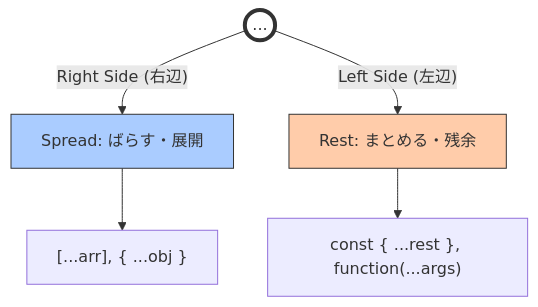
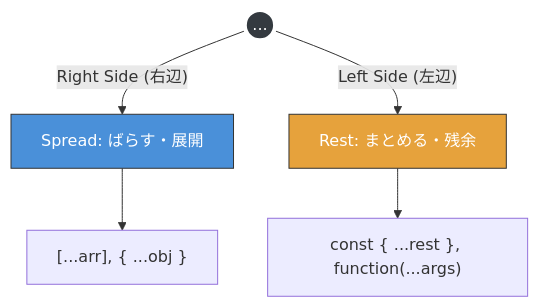
Before and after one commit to komiyamma/site_ichika_destruct-spread-named-rest: the diagram in D08.md, drawn with Mermaid. The commit also changed 4 other files, not shown here.

Commit message:
docs(diagrams): Mermaid 図のスタイルと配色を調整

````diff
--- a/D08.md
+++ b/D08.md
@@ -61,14 +61,14 @@
 ```mermaid
 flowchart TD
     Dots((...))
     
     Dots -- "Right Side (右辺)" --> Spread[Spread: ばらす・展開]
     Dots -- "Left Side (左辺)" --> Rest[Rest: まとめる・残余]
     
     Spread --> Examples1["[...arr], { ...obj }"]
     Rest --> Examples2["const { ...rest }, function(...args)"]
     
-    style Dots fill:#fff,stroke:#333,stroke-width:4px
-    style Spread fill:#acf,stroke:#333
-    style Rest fill:#fca,stroke:#333
+    style Dots fill:#343a40,stroke:#fff,stroke-width:4px,color:#fff
+    style Spread fill:#4a90d9,stroke:#333,color:#fff
+    style Rest fill:#e6a23c,stroke:#333,color:#fff
 ```
````
